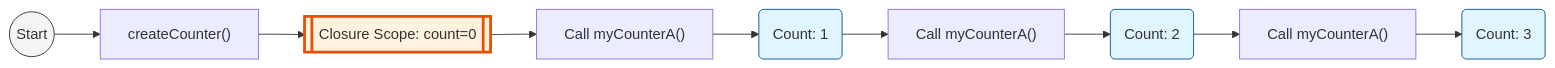
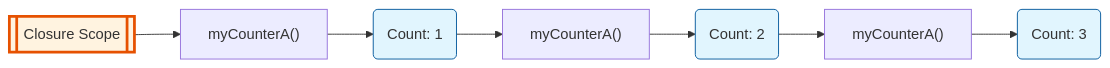
One commit to moideen-mashad/JavaScript-Closures changed the second of 2 diagrams in README.md. Above: the diagram before and after it, drawn with Mermaid. The commit also changed other lines of this file, not shown here.

````diff
--- a/README.md
+++ b/README.md
@@ -44,21 +54,16 @@
 ```mermaid
 graph LR
-    Start(("Start")) --> Create["createCounter()"]
-    Create --> Scope[["Closure Scope: count=0"]]
-    
-    Scope --> Call1["Call myCounterA()"]
+    Scope[["Closure Scope"]] --> Call1["myCounterA()"]
     Call1 --> Res1("Count: 1")
     
-    Res1 --> Call2["Call myCounterA()"]
+    Res1 --> Call2["myCounterA()"]
     Call2 --> Res2("Count: 2")
     
-    Res2 --> Call3["Call myCounterA()"]
+    Res2 --> Call3["myCounterA()"]
     Call3 --> Res3("Count: 3")
 
-    %% Styling
-    style Start fill:#f5f5f5,stroke:#333
     style Scope fill:#fff3e0,stroke:#e65100,stroke-width:3px
     style Res1 fill:#e1f5fe,stroke:#01579b
     style Res2 fill:#e1f5fe,stroke:#01579b
     style Res3 fill:#e1f5fe,stroke:#01579b
 ```
````
